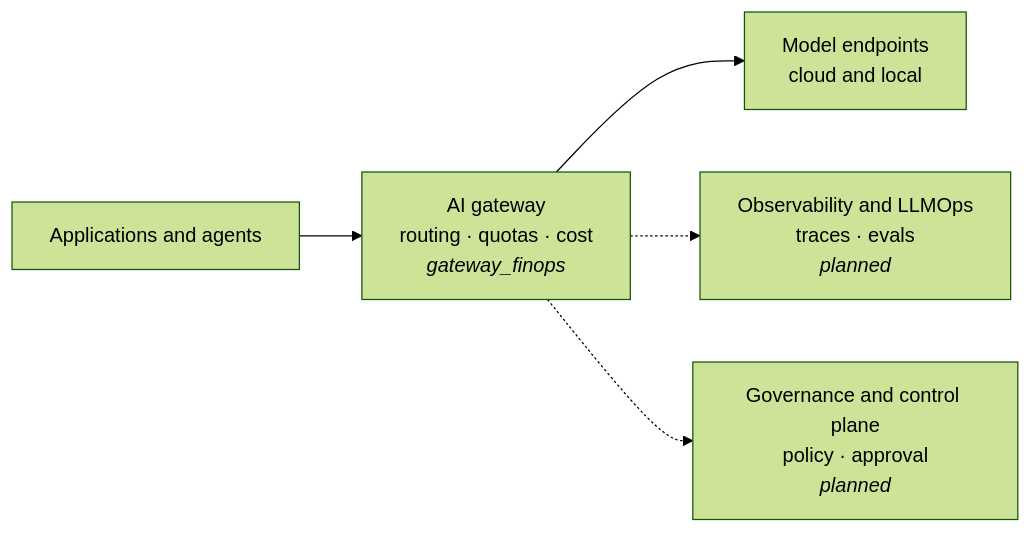
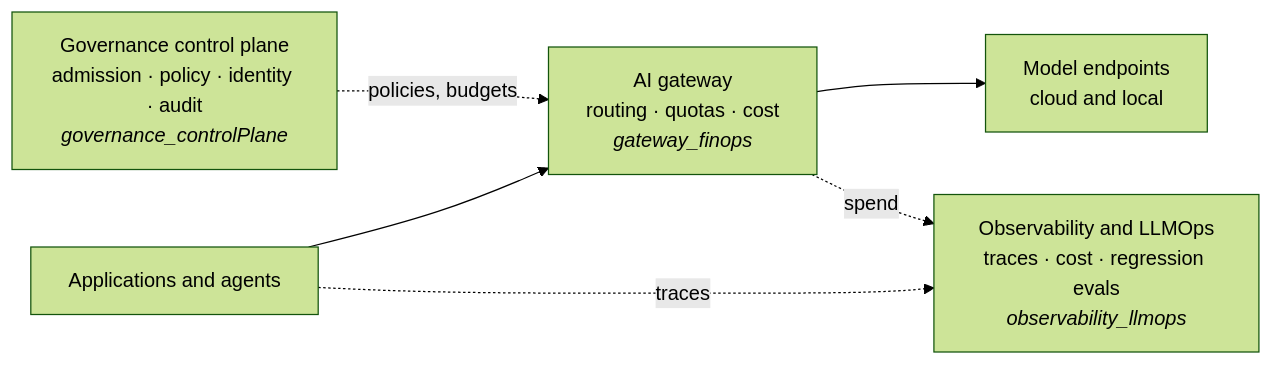
Before and after one commit to lolinusrat/enterprise-ai-platform-lab: the diagram in README.md, drawn with Mermaid (forest theme). The commit also changed other lines of this file and 55 other files, not shown here.

First line of the commit message:
Add governance_controlPlane and observability_llmops use cases

````diff
--- a/README.md
+++ b/README.md
@@ -15,7 +15,9 @@
 ```mermaid
 flowchart LR
+    Gov["Governance control plane<br/>admission · policy · identity · audit<br/><i>governance_controlPlane</i>"]
     Apps["Applications and agents"] --> GW["AI gateway<br/>routing · quotas · cost<br/><i>gateway_finops</i>"]
     GW --> Models["Model endpoints<br/>cloud and local"]
-    GW -.-> Obs["Observability and LLMOps<br/>traces · evals<br/><i>planned</i>"]
-    GW -.-> Gov["Governance and control plane<br/>policy · approval<br/><i>planned</i>"]
+    Gov -. "policies, budgets" .-> GW
+    Apps -. "traces" .-> Obs["Observability and LLMOps<br/>traces · cost · regression evals<br/><i>observability_llmops</i>"]
+    GW -. "spend" .-> Obs
 ```
````
